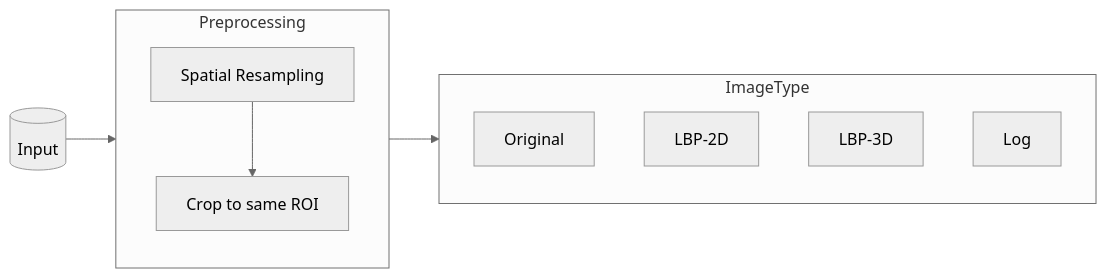
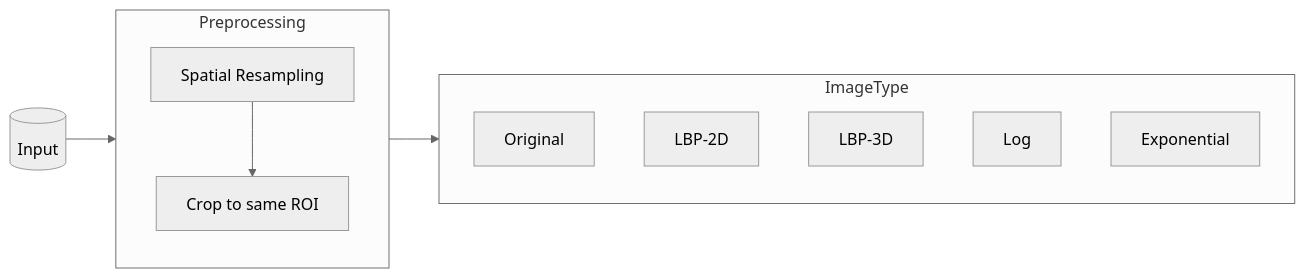
Before and after one commit to alabamagan/mri_radiomics_toolkit: the second of 7 diagrams in README.md, drawn with Mermaid (neutral theme). The commit also changed other lines of this file and 3 other files, not shown here.

````diff
--- a/README.md
+++ b/README.md
@@ -133,16 +144,17 @@
 ```mermaid
 flowchart LR
   A[(Input)]
   subgraph Preprocessing
     X[Spatial Resampling] 
     Y[Crop to same ROI]
     X --> Y
   end
   subgraph ImageType
     B["Original"] 
     C["LBP-2D"]
     D["LBP-3D"]
     E["Log"]
+    F["Exponential"]
   end
   A --> Preprocessing --> ImageType
 ```
````
